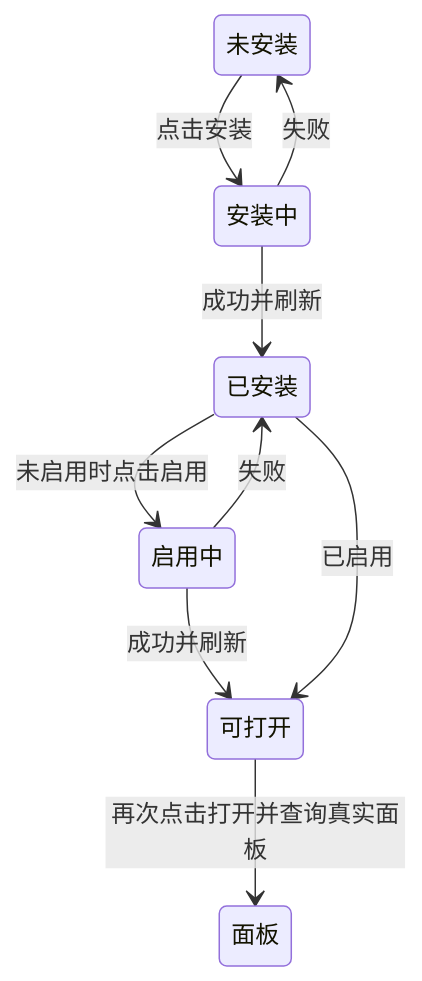
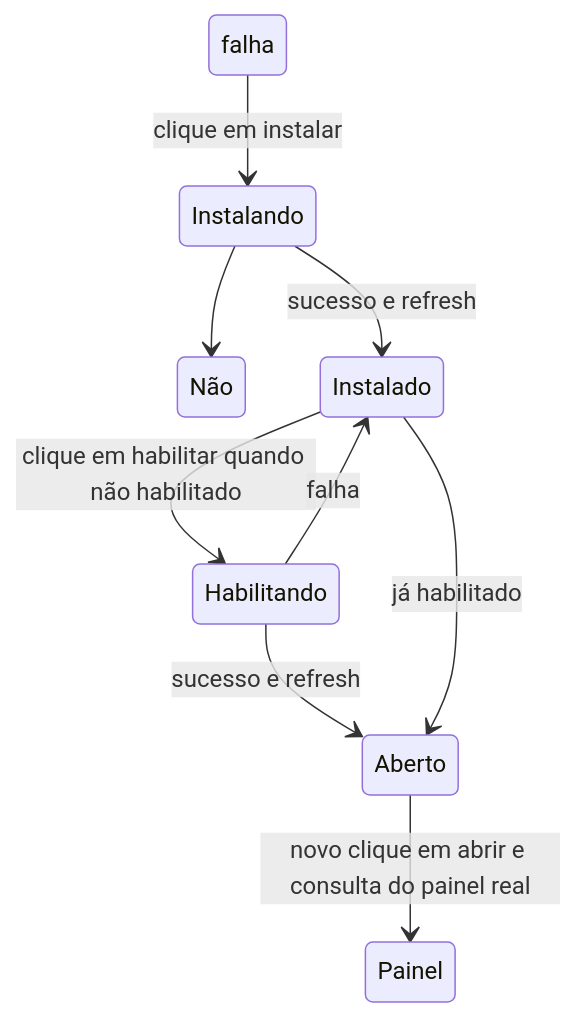
One commit to JoaoNetoDev/BR-Code changed the fifth of 5 diagrams in docs/plugins/plugin-market-interactions-scope.md. Above: the diagram before and after it, drawn with Mermaid. The commit also changed other lines of this file and 177 other files, not shown here.

````diff
--- a/docs/plugins/plugin-market-interactions-scope.md
+++ b/docs/plugins/plugin-market-interactions-scope.md
@@ -210,11 +208,11 @@
 ```mermaid
 stateDiagram-v2
-  未安装 --> 安装中: 点击安装
-  安装中 --> 未安装: 失败
-  安装中 --> 已安装: 成功并刷新
-  已安装 --> 启用中: 未启用时点击启用
-  启用中 --> 已安装: 失败
-  启用中 --> 可打开: 成功并刷新
-  已安装 --> 可打开: 已启用
-  可打开 --> 面板: 再次点击打开并查询真实面板
+  Não instalado --> Instalando: clique em instalar
+  Instalando --> Não instalado: falha
+  Instalando --> Instalado: sucesso e refresh
+  Instalado --> Habilitando: clique em habilitar quando não habilitado
+  Habilitando --> Instalado: falha
+  Habilitando --> Aberto: sucesso e refresh
+  Instalado --> Aberto: já habilitado
+  Aberto --> Painel: novo clique em abrir e consulta do painel real
 ```
````
